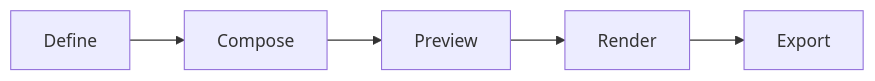
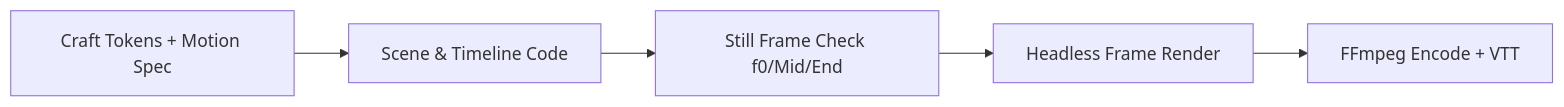
Before and after one commit to giriedu/maxilun: the diagram in skills/maxilun-cinecode/SKILL.md, drawn with Mermaid. The commit also changed other lines of this file and 46 other files, not shown here.

````diff
--- a/skills/maxilun-cinecode/SKILL.md
+++ b/skills/maxilun-cinecode/SKILL.md
@@ -66,7 +71,7 @@
 ```mermaid
 flowchart LR
-    A[Define] --> B[Compose]
-    B --> C[Preview]
-    C --> D[Render]
-    D --> E[Export]
+    A[Craft Tokens + Motion Spec] --> B[Scene & Timeline Code]
+    B --> C[Still Frame Check f0/Mid/End]
+    C --> D[Headless Frame Render]
+    D --> E[FFmpeg Encode + VTT]
 ```
````
